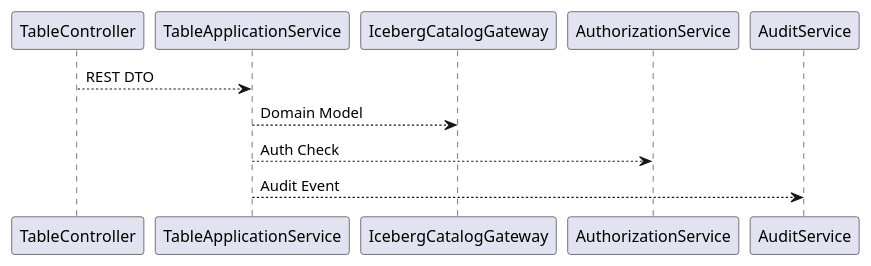
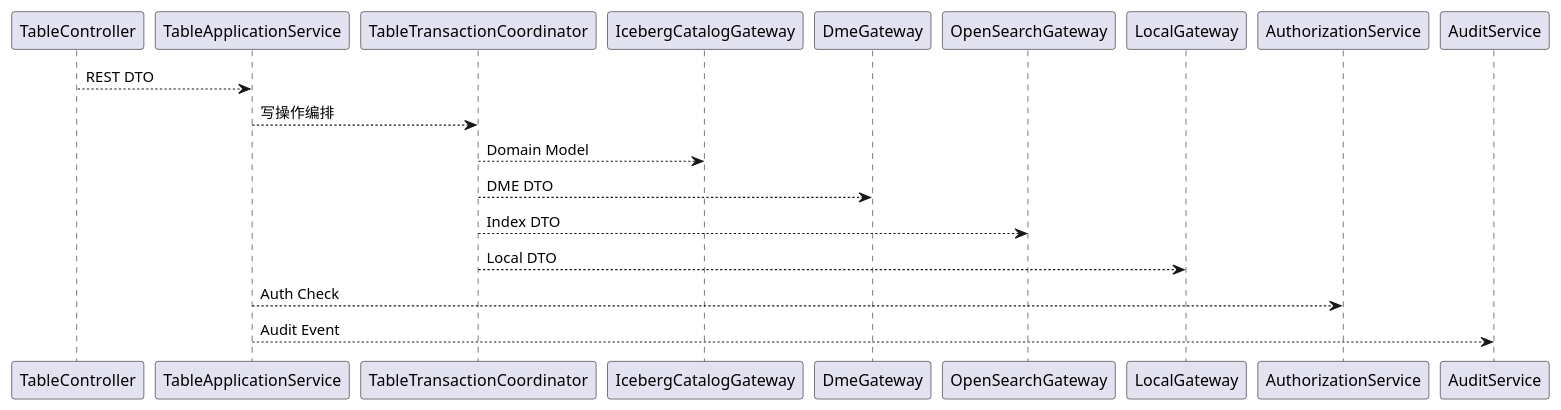
Before and after one commit to jingwang-0415/codex: the seventh of 17 diagrams in Iceberg_Table接口能力_软件实现设计说明书.md, drawn with PlantUML. The commit also changed other lines of this file, not shown here.

Commit message:
Add saga-based consistency design to Iceberg table spec

````diff
--- a/Iceberg_Table接口能力_软件实现设计说明书.md
+++ b/Iceberg_Table接口能力_软件实现设计说明书.md
@@ -238,8 +381,12 @@
 ```plantuml
 @startuml
 TableController --> TableApplicationService : REST DTO
-TableApplicationService --> IcebergCatalogGateway : Domain Model
+TableApplicationService --> TableTransactionCoordinator : 写操作编排
+TableTransactionCoordinator --> IcebergCatalogGateway : Domain Model
+TableTransactionCoordinator --> DmeGateway : DME DTO
+TableTransactionCoordinator --> OpenSearchGateway : Index DTO
+TableTransactionCoordinator --> LocalGateway : Local DTO
 TableApplicationService --> AuthorizationService : Auth Check
 TableApplicationService --> AuditService : Audit Event
 @enduml
 ```
````
